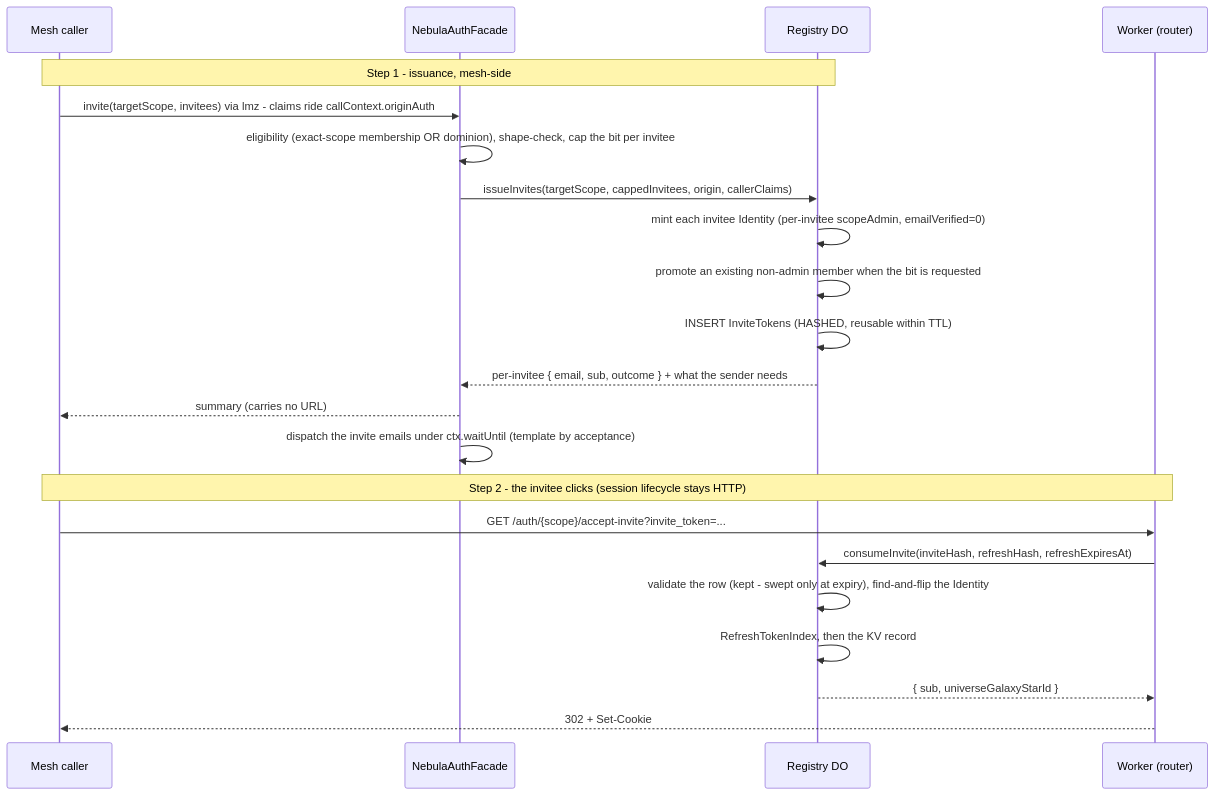
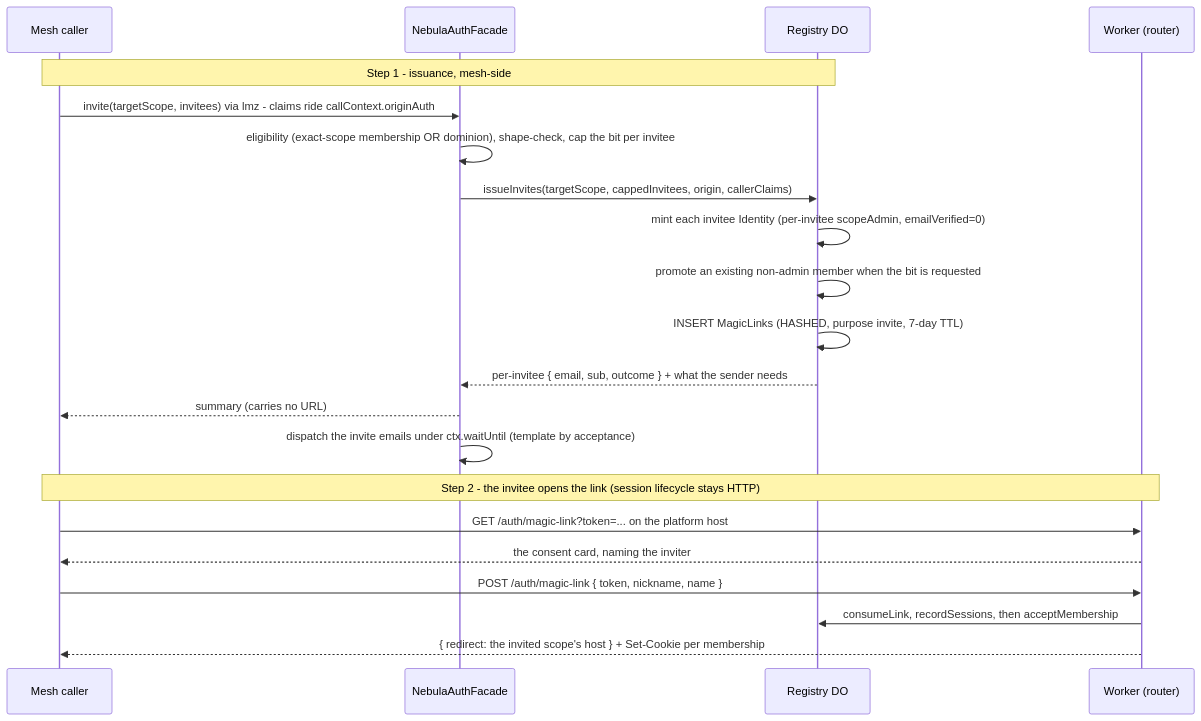
Before and after one commit to lumenize/lumenize: the third of 8 diagrams in packages/nebula-auth/README.md, drawn with Mermaid. The commit also changed other lines of this file and 324 other files, not shown here.

First line of the commit message:
feat(nebula): every scope on its own host, sessions on the platform host

````diff
--- a/packages/nebula-auth/README.md
+++ b/packages/nebula-auth/README.md
@@ -251,26 +252,25 @@
 ```mermaid
 sequenceDiagram
     participant C as Mesh caller
     participant F as NebulaAuthFacade
     participant R as Registry DO
     participant W as Worker (router)
 
     Note over C,R: Step 1 - issuance, mesh-side
     C->>F: invite(targetScope, invitees) via lmz - claims ride callContext.originAuth
     F->>F: eligibility (exact-scope membership OR dominion), shape-check, cap the bit per invitee
     F->>R: issueInvites(targetScope, cappedInvitees, origin, callerClaims)
     R->>R: mint each invitee Identity (per-invitee scopeAdmin, emailVerified=0)
     R->>R: promote an existing non-admin member when the bit is requested
-    R->>R: INSERT InviteTokens (HASHED, reusable within TTL)
+    R->>R: INSERT MagicLinks (HASHED, purpose invite, 7-day TTL)
     R-->>F: per-invitee { email, sub, outcome } + what the sender needs
     F-->>C: summary (carries no URL)
     F->>F: dispatch the invite emails under ctx.waitUntil (template by acceptance)
 
-    Note over C,W: Step 2 - the invitee clicks (session lifecycle stays HTTP)
-    C->>W: GET /auth/{scope}/accept-invite?invite_token=...
-    W->>R: consumeInvite(inviteHash, refreshHash, refreshExpiresAt)
-    R->>R: validate the row (kept - swept only at expiry), find-and-flip the Identity
-    R->>R: RefreshTokenIndex, then the KV record
-    R-->>W: { sub, universeGalaxyStarId }
-    W-->>C: 302 + Set-Cookie
+    Note over C,W: Step 2 - the invitee opens the link (session lifecycle stays HTTP)
+    C->>W: GET /auth/magic-link?token=... on the platform host
+    W-->>C: the consent card, naming the inviter
+    C->>W: POST /auth/magic-link { token, nickname, name }
+    W->>R: consumeLink, recordSessions, then acceptMembership
+    W-->>C: { redirect: the invited scope's host } + Set-Cookie per membership
 ```
````
